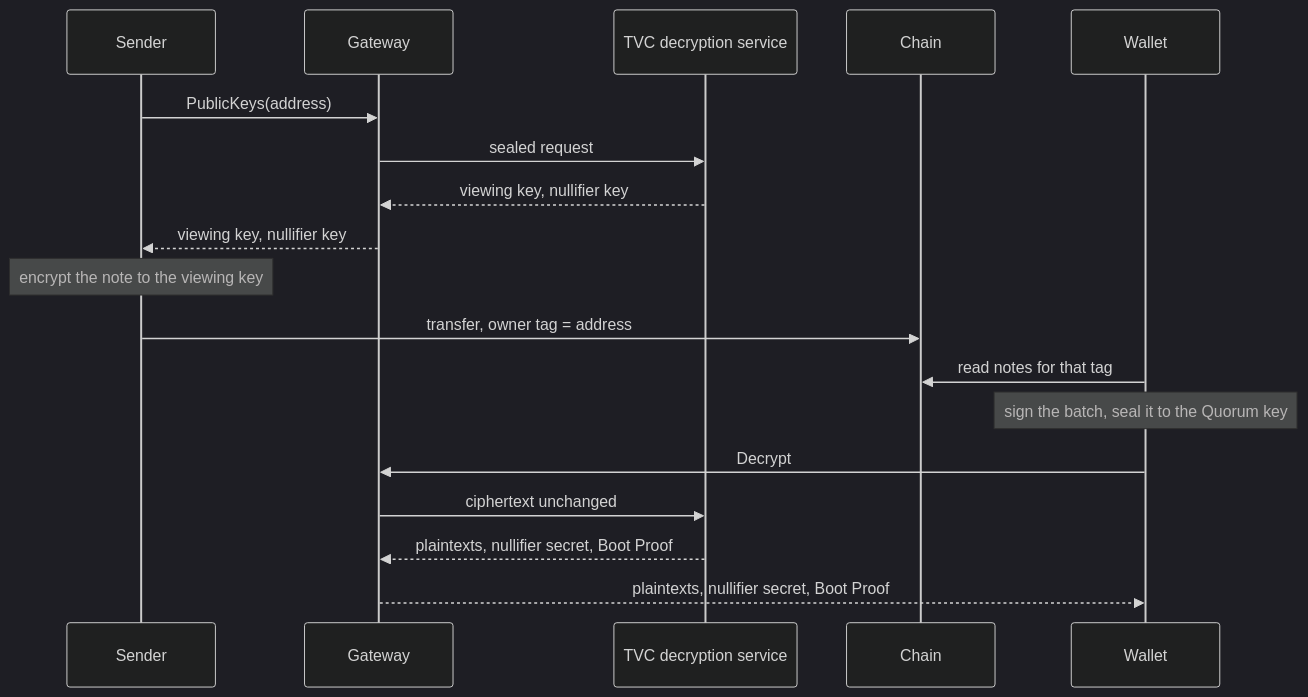
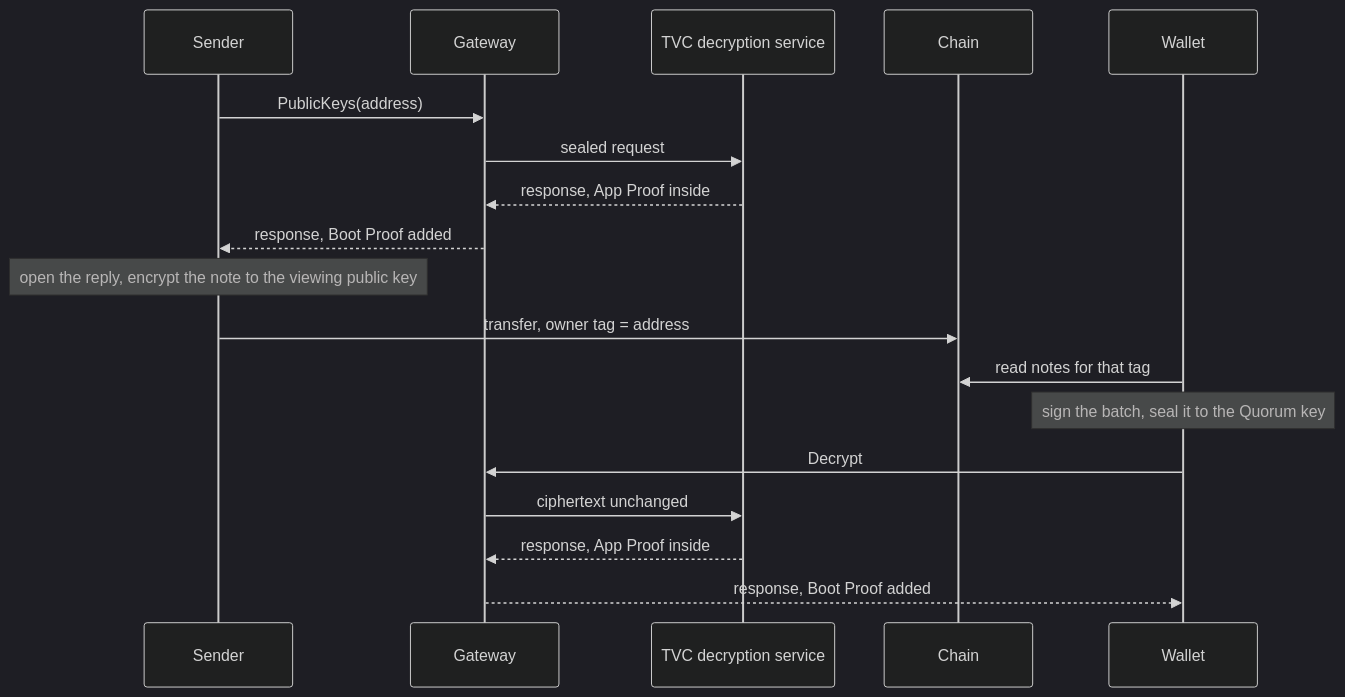
Before and after one commit to helius-labs/spr-tvc: the third of 5 diagrams in docs/spec.md, drawn with Mermaid (dark theme). The commit also changed other lines of this file, not shown here.

Commit message:
Show the gateway returning a sealed reply (#77)
* Show the gateway returning a sealed reply, not the keys.

* Show the gateway adding the Boot Proof beside the App Proof.

---------

````diff
--- a/docs/spec.md
+++ b/docs/spec.md
@@ -150,21 +150,21 @@
 ```mermaid
 sequenceDiagram
     participant Sender
     participant Gateway
     participant Service as TVC decryption service
     participant Chain
     participant Wallet
 
     Sender->>Gateway: PublicKeys(address)
     Gateway->>Service: sealed request
-    Service-->>Gateway: viewing key, nullifier key
-    Gateway-->>Sender: viewing key, nullifier key
-    Note over Sender: encrypt the note to the viewing key
+    Service-->>Gateway: response, App Proof inside
+    Gateway-->>Sender: response, Boot Proof added
+    Note over Sender: open the reply, encrypt the note to the viewing public key
     Sender->>Chain: transfer, owner tag = address
     Wallet->>Chain: read notes for that tag
     Note over Wallet: sign the batch, seal it to the Quorum key
     Wallet->>Gateway: Decrypt
     Gateway->>Service: ciphertext unchanged
-    Service-->>Gateway: plaintexts, nullifier secret, Boot Proof
-    Gateway-->>Wallet: plaintexts, nullifier secret, Boot Proof
+    Service-->>Gateway: response, App Proof inside
+    Gateway-->>Wallet: response, Boot Proof added
 ```
````
